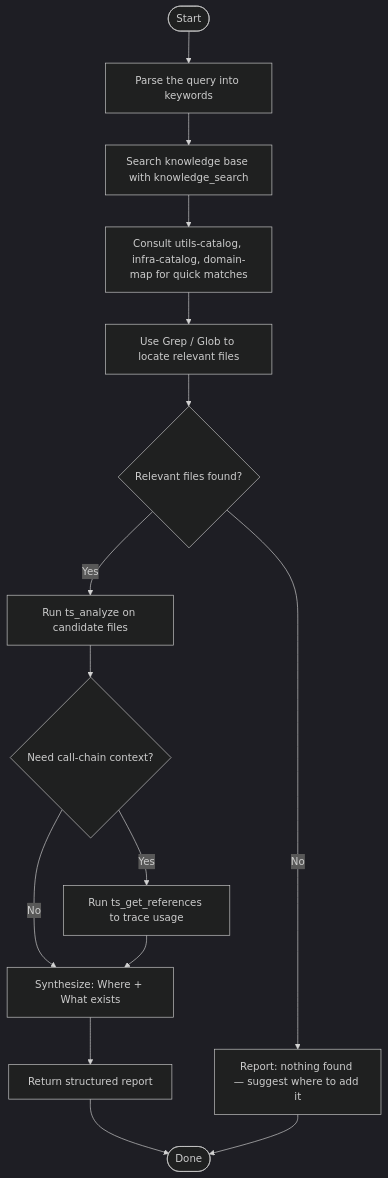
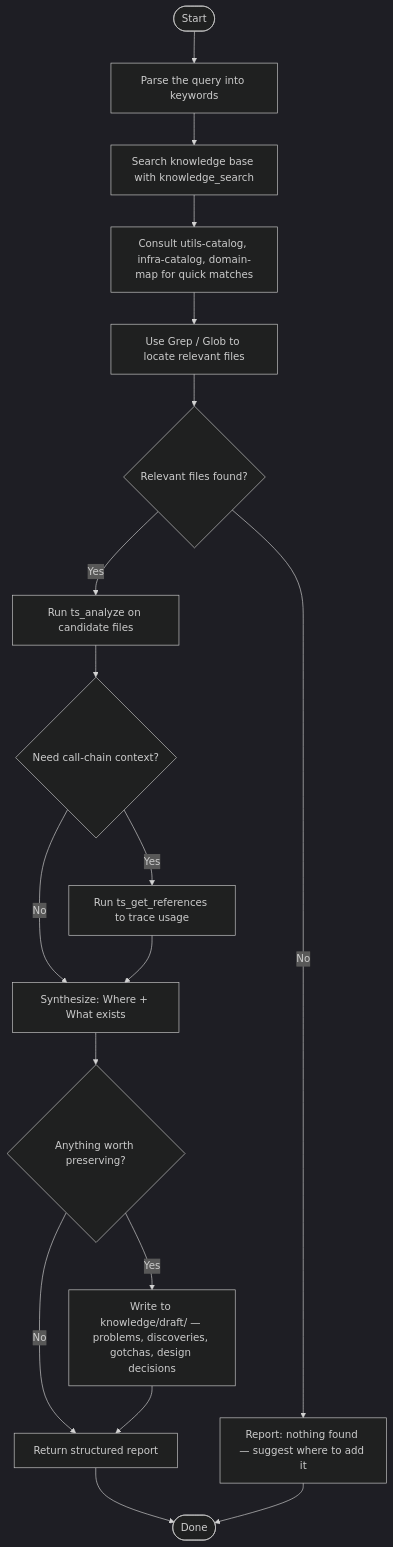
Before and after one commit to s-age/perclst: the diagram in procedures/code-base-survey.md, drawn with Mermaid (dark theme). The commit also changed other lines of this file and 2 other files, not shown here.

Commit message:
feat(survey): capture knowledge during survey + add write-block draft
- Add knowledge/draft/ write step to code-base-survey procedure so
  discoveries from investigations are preserved automatically
- Add draft knowledge entry about .claude/ write protection in sub-agents

````diff
--- a/procedures/code-base-survey.md
+++ b/procedures/code-base-survey.md
@@ -7,17 +7,20 @@
 ```mermaid
 flowchart TD
     Start([Start]) --> ReadQuery[Parse the query into keywords]
     ReadQuery --> RetrieveKnowledge[Search knowledge base with knowledge_search]
     RetrieveKnowledge --> ConsultCatalogs[Consult utils-catalog, infra-catalog, domain-map for quick matches]
     ConsultCatalogs --> GrepGlob[Use Grep / Glob to locate relevant files]
     GrepGlob --> AnyFiles{Relevant files found?}
     AnyFiles -- No --> ReportNotFound[Report: nothing found — suggest where to add it]
     AnyFiles -- Yes --> DeepDive[Run ts_analyze on candidate files]
     DeepDive --> NeedRefs{Need call-chain context?}
     NeedRefs -- Yes --> GetRefs[Run ts_get_references to trace usage]
     NeedRefs -- No --> Synthesize
     GetRefs --> Synthesize[Synthesize: Where + What exists]
-    Synthesize --> Report[Return structured report]
+    Synthesize --> CaptureKnowledge{Anything worth preserving?}
+    CaptureKnowledge -- Yes --> WriteKnowledge[Write to knowledge/draft/ — problems, discoveries, gotchas, design decisions]
+    CaptureKnowledge -- No --> Report
+    WriteKnowledge --> Report[Return structured report]
     Report --> Done([Done])
     ReportNotFound --> Done
 ```
````
